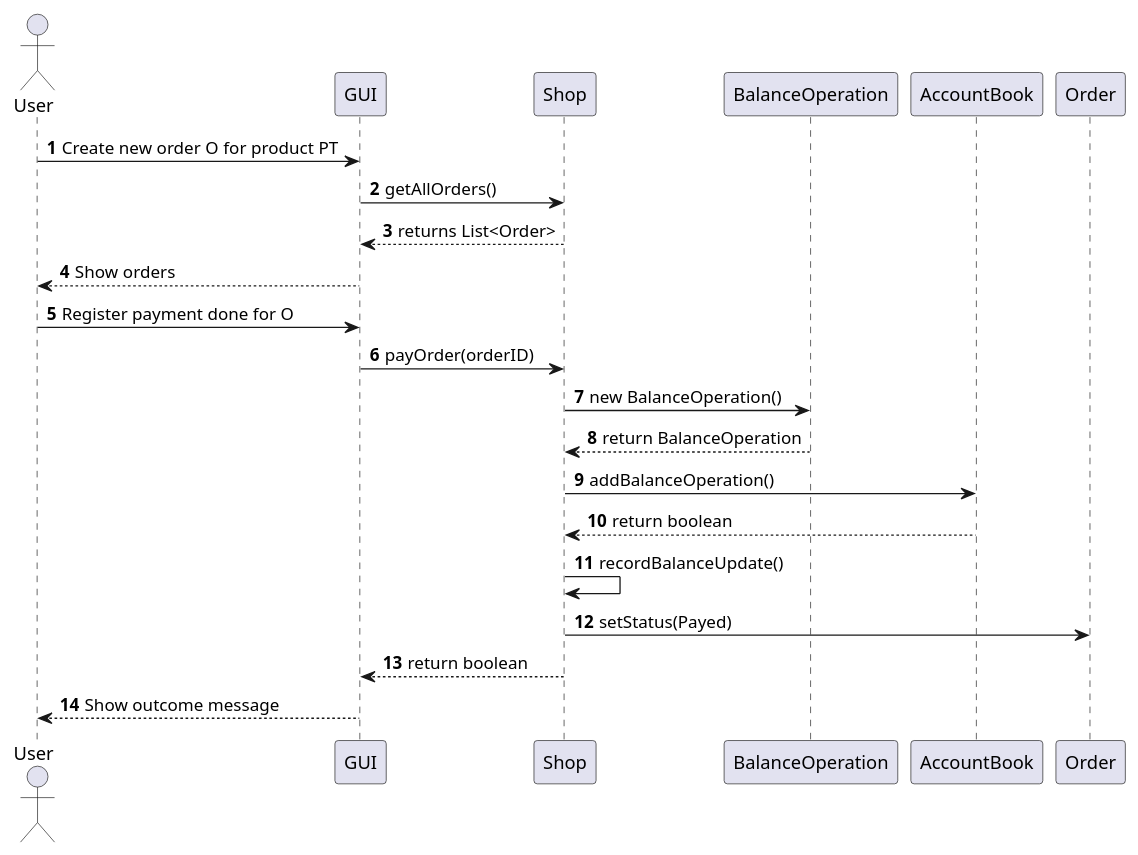
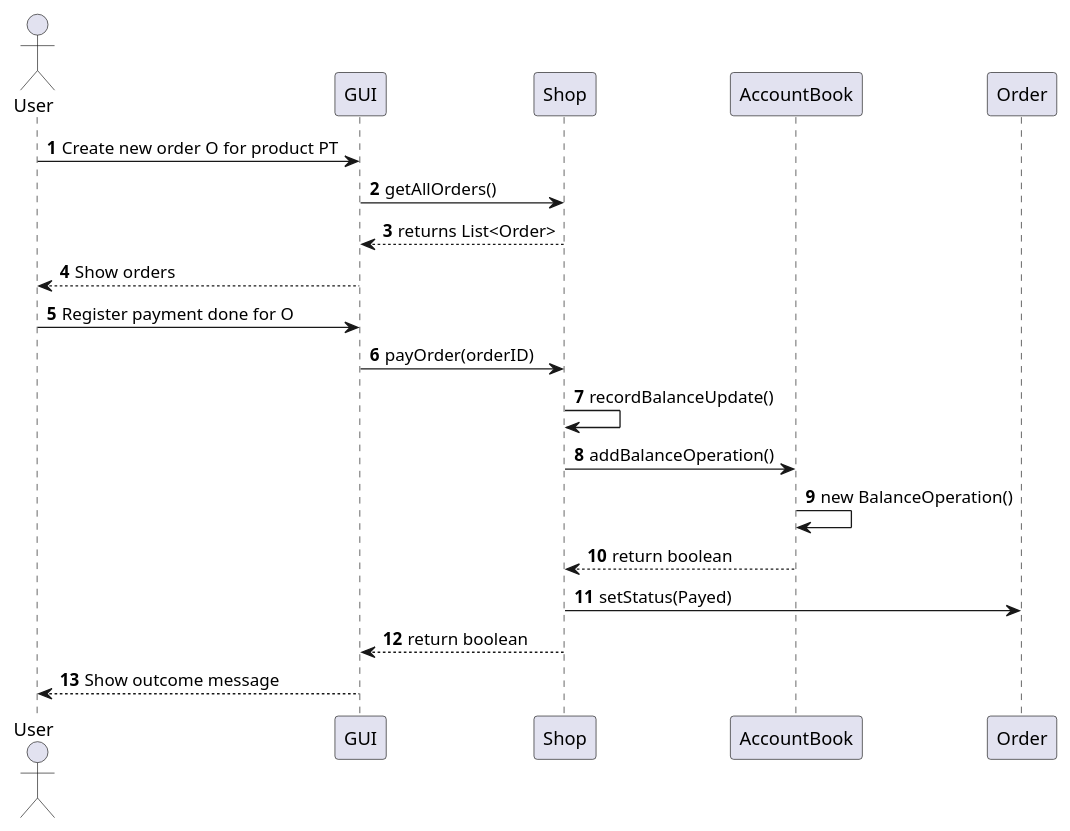
The tenth of 23 diagrams in Deliverables/DesignDocument.md (Stormz4/group20-EzShop), drawn with PlantUML before and after one commit. The commit also changed other lines of this file, not shown here.

Commit message:
Doc: fixes to UC3 and UC 7.1 sequence diagram

````diff
--- a/Deliverables/DesignDocument.md
+++ b/Deliverables/DesignDocument.md
@@ -444,20 +444,19 @@
 ```plantuml
 @startuml
 Actor User
 autonumber
 User -> GUI: Create new order O for product PT
 GUI -> Shop: getAllOrders()
 Shop --> GUI: returns List<Order>
 GUI --> User: Show orders
 User -> GUI: Register payment done for O
 GUI -> Shop: payOrder(orderID)
-Shop -> BalanceOperation: new BalanceOperation()
-BalanceOperation --> Shop: return BalanceOperation
+Shop -> Shop: recordBalanceUpdate()
 Shop -> AccountBook: addBalanceOperation()
+AccountBook -> AccountBook: new BalanceOperation()
 AccountBook --> Shop: return boolean
-Shop -> Shop: recordBalanceUpdate()
 Shop -> Order: setStatus(Payed)
 Shop --> GUI: return boolean
 GUI --> User: Show outcome message
 @enduml
 ```
````
